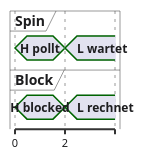
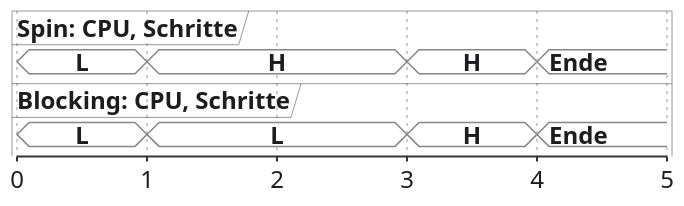
Before and after one commit to dantschi/echtzeitsysteme: the first of 6 diagrams in vorlesungen/04_synchronisation-ressourcen.qmd, drawn with PlantUML. The commit also changed other lines of this file and 4 other files, not shown here.

````diff
--- a/vorlesungen/04_synchronisation-ressourcen.qmd
+++ b/vorlesungen/04_synchronisation-ressourcen.qmd
@@ -278,22 +287,48 @@
 ```{.plantuml}
 @startuml
 skinparam backgroundColor transparent
 skinparam defaultFontName "Inter, sans-serif"
 skinparam defaultFontColor #1D1D1F
 skinparam ArrowColor #86868B
+skinparam ArrowFontName SansSerif
+skinparam NoteBackgroundColor #F5F5F7
+skinparam NoteBorderColor #E5E5EA
 skinparam timing {
   BackgroundColor #FFFFFF
   BorderColor #E5E5EA
   LineColor #1D1D1F
   SignalColor #E2001A
 }
-concise "Spin" as S
-concise "Block" as B
+skinparam defaultFontSize 24
+<style>
+timingDiagram {
+  FontName SansSerif
+  robust {
+    LineColor #E2001A
+    BackgroundColor #FFFFFF
+    FontColor #1D1D1F
+  }
+  concise {
+    LineColor #86868B
+    BackgroundColor #FFFFFF
+    FontColor #1D1D1F
+  }
+}
+</style>
+scale 1 as 130 pixels
+concise "Spin: CPU, Schritte" as S
+concise "Blocking: CPU, Schritte" as B
 @0
-S is "H pollt"
-B is "H blocked"
-@2
-S is "L wartet"
-B is "L rechnet"
+S is L
+B is L
+@1
+S is H
+B is L
+@3
+S is H
+B is H
+@4
+S is Ende
+B is Ende
 @enduml
 ```
````
